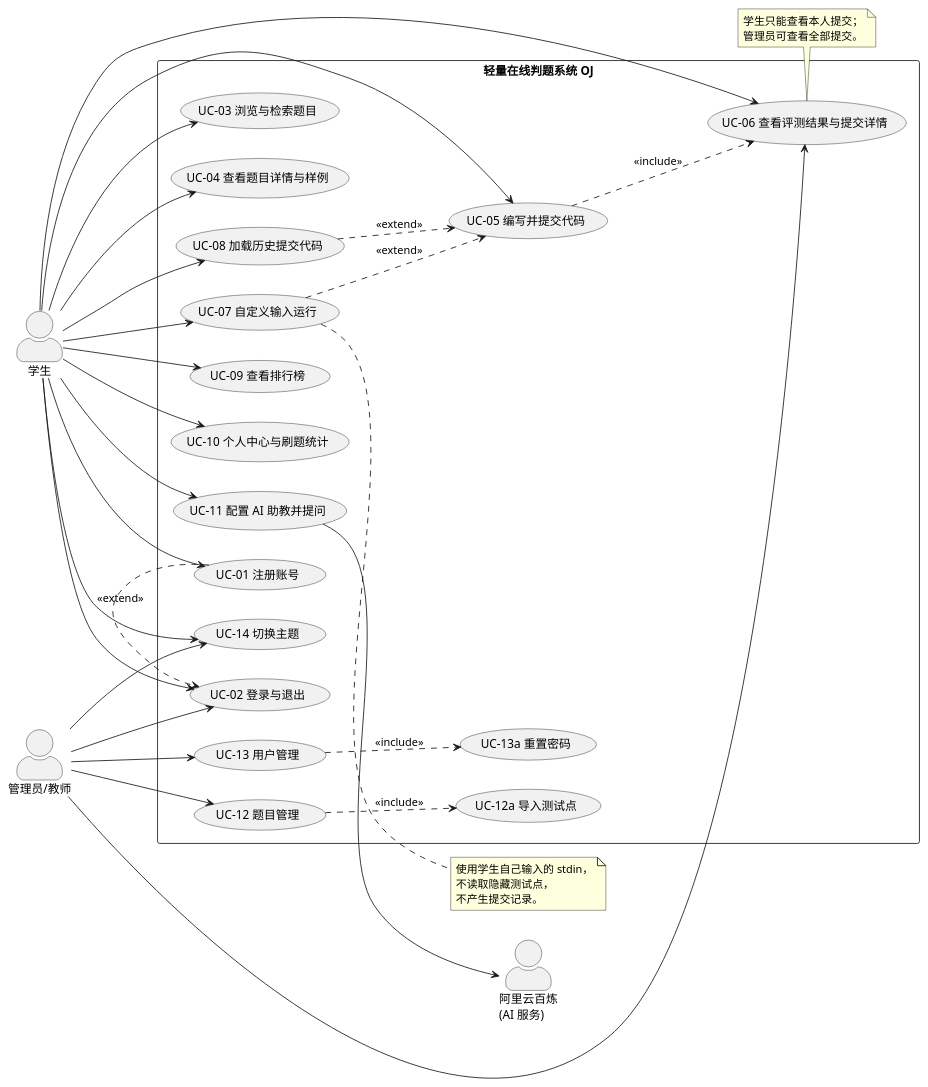
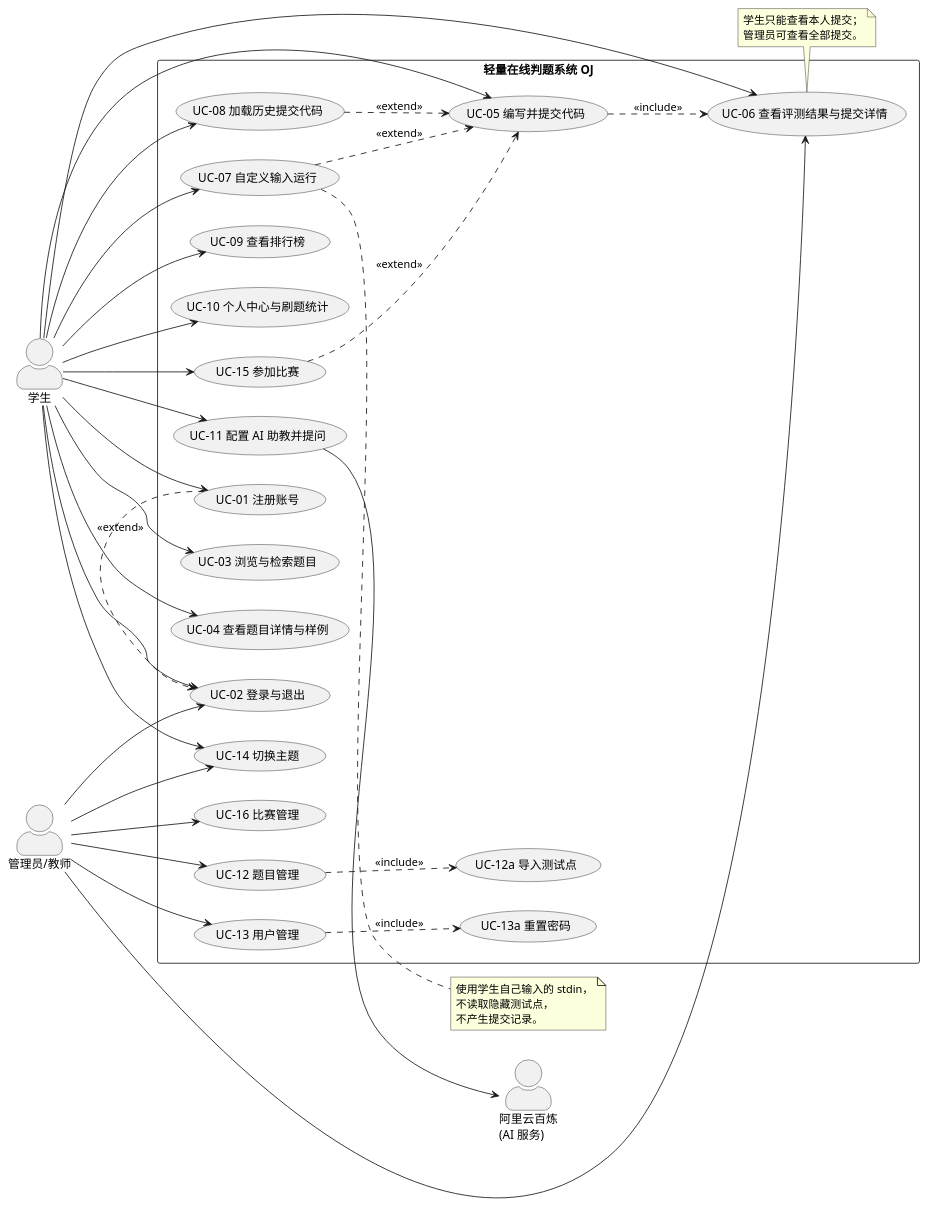
One commit to Autuoo/LightWeightOnlineProblemSolving changed the diagram in docs/requirements/use-case-diagram.puml. Above: the diagram before and after it, drawn with PlantUML. The commit also changed 9 other files, not shown here.

```diff
--- a/docs/requirements/use-case-diagram.puml
+++ b/docs/requirements/use-case-diagram.puml
@@ -1,68 +1,73 @@
 @startuml OJ-UseCase
 ' 轻量在线判题系统 OJ —— 用例图
 ' 渲染方式：PlantUML 在线编辑器、VS Code PlantUML 插件，或 plantuml.jar
 left to right direction
 skinparam packageStyle rectangle
 skinparam actorStyle awesome
 skinparam shadowing false
 
 actor "学生" as Student
 actor "管理员/教师" as Admin
 actor "阿里云百炼\n(AI 服务)" as AI
 
 rectangle "轻量在线判题系统 OJ" {
   usecase "UC-01 注册账号" as UC01
   usecase "UC-02 登录与退出" as UC02
   usecase "UC-03 浏览与检索题目" as UC03
   usecase "UC-04 查看题目详情与样例" as UC04
   usecase "UC-05 编写并提交代码" as UC05
   usecase "UC-06 查看评测结果与提交详情" as UC06
   usecase "UC-07 自定义输入运行" as UC07
   usecase "UC-08 加载历史提交代码" as UC08
   usecase "UC-09 查看排行榜" as UC09
   usecase "UC-10 个人中心与刷题统计" as UC10
   usecase "UC-11 配置 AI 助教并提问" as UC11
   usecase "UC-12 题目管理" as UC12
   usecase "UC-12a 导入测试点" as UC12a
   usecase "UC-13 用户管理" as UC13
   usecase "UC-13a 重置密码" as UC13a
   usecase "UC-14 切换主题" as UC14
+  usecase "UC-15 参加比赛" as UC15
+  usecase "UC-16 比赛管理" as UC16
 }
 
 Student --> UC01
 Student --> UC02
 Admin --> UC02
 Student --> UC03
 Student --> UC04
 Student --> UC05
 Student --> UC06
 Admin --> UC06
 Student --> UC07
 Student --> UC08
 Student --> UC09
 Student --> UC10
 Student --> UC11
 Admin --> UC12
 Admin --> UC13
 Student --> UC14
 Admin --> UC14
+Student --> UC15
+Admin --> UC16
 
 UC01 .> UC02 : <<extend>>
 UC05 ..> UC06 : <<include>>
 UC07 ..> UC05 : <<extend>>
 UC08 ..> UC05 : <<extend>>
 UC12 ..> UC12a : <<include>>
 UC13 ..> UC13a : <<include>>
+UC15 ..> UC05 : <<extend>>
 UC11 --> AI
 
 note right of UC07
   使用学生自己输入的 stdin，
   不读取隐藏测试点，
   不产生提交记录。
 end note
 
 note bottom of UC06
   学生只能查看本人提交；
   管理员可查看全部提交。
 end note
 @enduml
```
